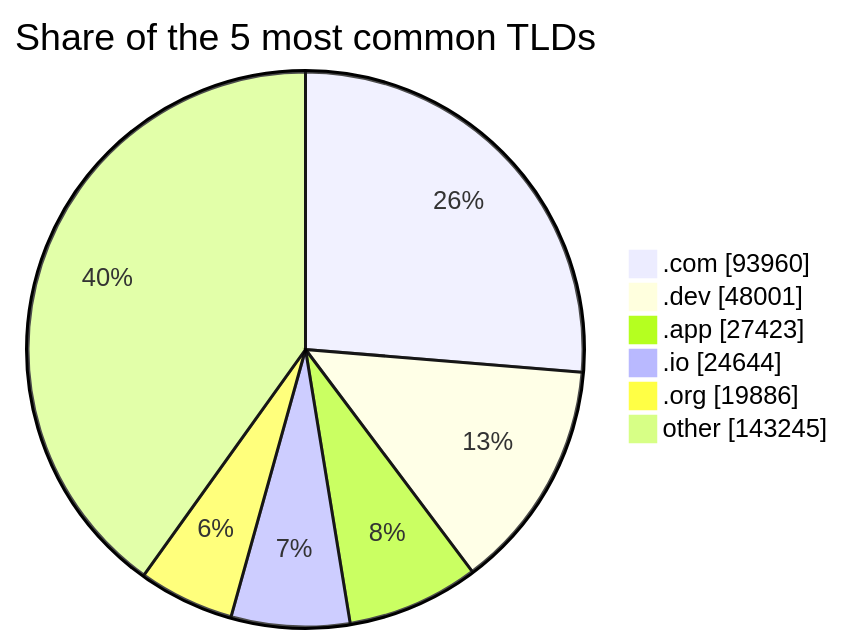
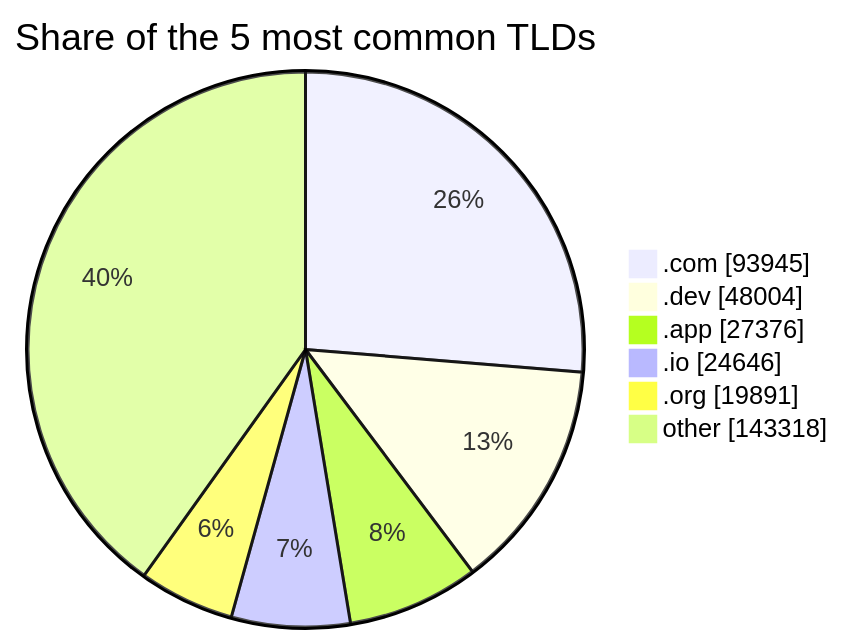
The third of 3 diagrams in README.md (DNSBunker/CTI), drawn with Mermaid before and after one commit. The commit also changed other lines of this file and 3 other files, not shown here.

````diff
--- a/README.md
+++ b/README.md
@@ -81,9 +81,9 @@
 ```mermaid
 pie showData title Share of the 5 most common TLDs
-    ".com" : 93960
-    ".dev" : 48001
-    ".app" : 27423
-    ".io" : 24644
-    ".org" : 19886
-    "other" : 143245
+    ".com" : 93945
+    ".dev" : 48004
+    ".app" : 27376
+    ".io" : 24646
+    ".org" : 19891
+    "other" : 143318
 ```
````
